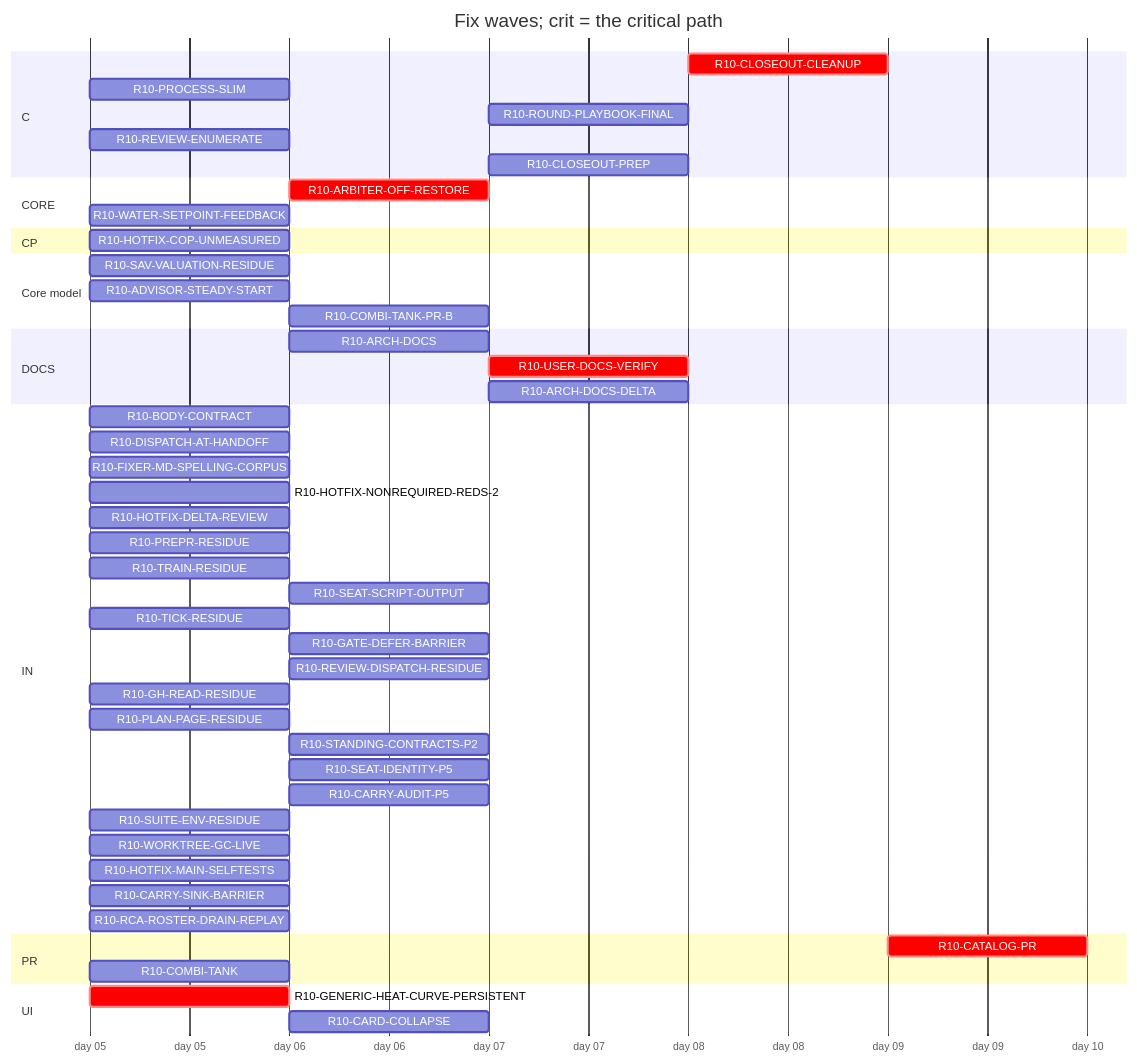
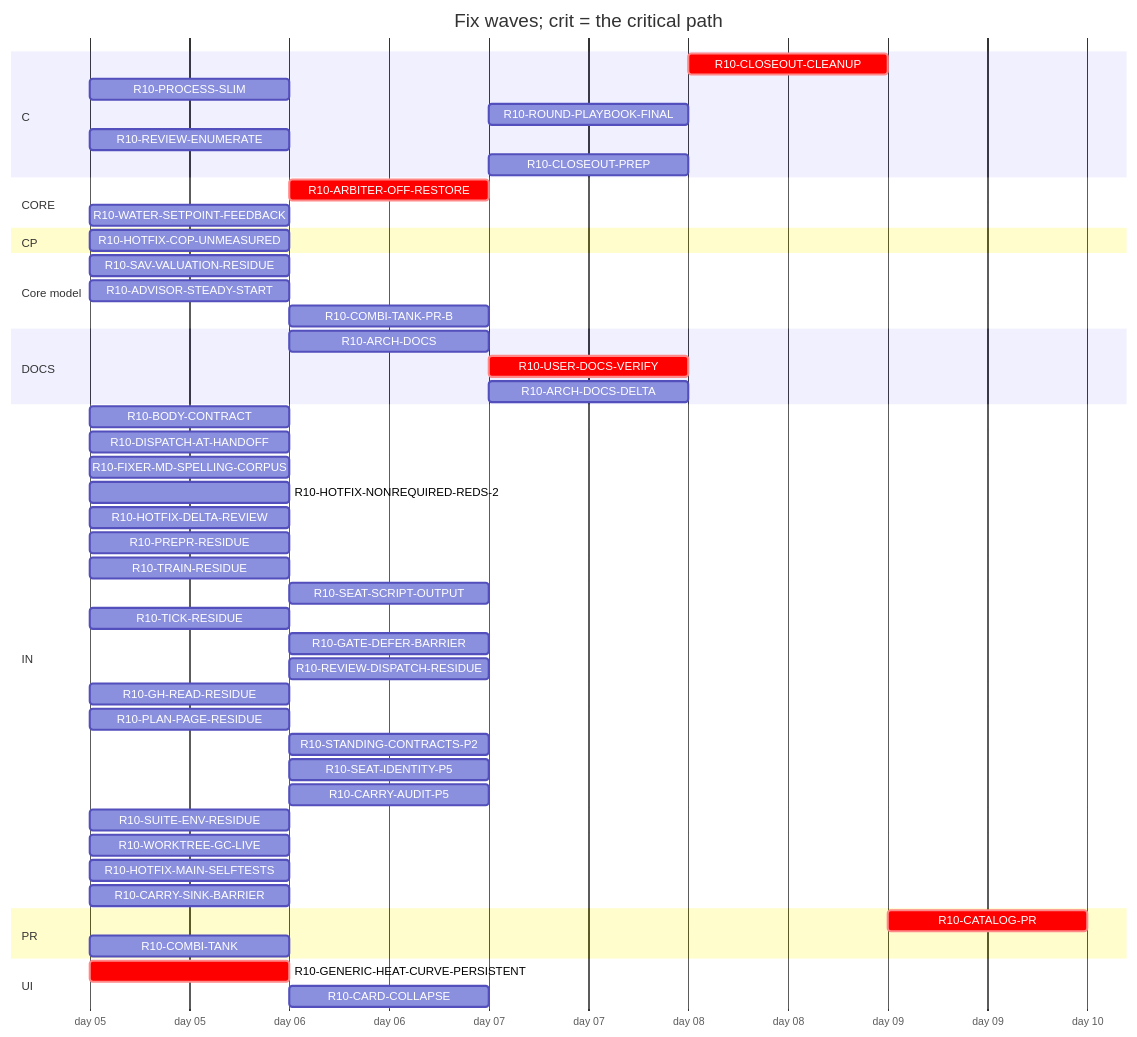
The diagram in handoff/round10/state/PLAN-TABLE.md (tvofi/heatpump_optimizer), drawn with Mermaid before and after one commit. The commit also changed other lines of this file and 3 other files, not shown here.

Commit message:
state: FLOW-BOARD.md, NEXT-SESSION-PROMPT.md, PLAN-TABLE.md, RESUME-CURRENT.md regenerated (state_docs.py)

````diff
--- a/handoff/round10/state/PLAN-TABLE.md
+++ b/handoff/round10/state/PLAN-TABLE.md
@@ -21,53 +21,52 @@
 ```mermaid
 gantt
   title Fix waves; crit = the critical path
   dateFormat YYYY-MM-DD
   axisFormat day %d
   section C
     R10-CLOSEOUT-CLEANUP :crit, r10CLOSEOUTCLEANUP, after r10ARCHDOCS r10USERDOCSVERIFY r10ROUNDPLAYBOOKFINAL r10CLOSEOUTPREP r10ARCHDOCSDELTA, 1d
     R10-PROCESS-SLIM :r10PROCESSSLIM, 2026-01-05, 1d
     R10-ROUND-PLAYBOOK-FINAL :r10ROUNDPLAYBOOKFINAL, after r10DISPATCHATHANDOFF r10BODYCONTRACT r10PROCESSSLIM r10FIXERMDSPELLINGCORPUS r10PREPRRESIDUE r10SEATSCRIPTOUTPUT r10REVIEWDISPATCHRESIDUE r10CARRYAUDITP5 r10TICKRESIDUE r10SEATIDENTITYP5 r10STANDINGCONTRACTSP2 r10PLANPAGERESIDUE r10TRAINRESIDUE r10GHREADRESIDUE r10SUITEENVRESIDUE r10GATEDEFERBARRIER r10WORKTREEGCLIVE, 1d
     R10-REVIEW-ENUMERATE :r10REVIEWENUMERATE, 2026-01-05, 1d
     R10-CLOSEOUT-PREP :r10CLOSEOUTPREP, after r10ARCHDOCS r10DISPATCHATHANDOFF r10BODYCONTRACT r10PROCESSSLIM r10FIXERMDSPELLINGCORPUS r10PREPRRESIDUE r10SEATSCRIPTOUTPUT r10REVIEWDISPATCHRESIDUE r10CARRYAUDITP5 r10TICKRESIDUE r10SEATIDENTITYP5 r10STANDINGCONTRACTSP2 r10PLANPAGERESIDUE r10TRAINRESIDUE r10GHREADRESIDUE r10SUITEENVRESIDUE r10GATEDEFERBARRIER r10WORKTREEGCLIVE, 1d
   section CORE
     R10-ARBITER-OFF-RESTORE :crit, r10ARBITEROFFRESTORE, after r10GENERICHEATCURVEPERSISTENT r10WATERSETPOINTFEEDBACK, 1d
     R10-WATER-SETPOINT-FEEDBACK :r10WATERSETPOINTFEEDBACK, 2026-01-05, 1d
   section CP
     R10-HOTFIX-COP-UNMEASURED :r10HOTFIXCOPUNMEASURED, 2026-01-05, 1d
   section Core model
     R10-SAV-VALUATION-RESIDUE :r10SAVVALUATIONRESIDUE, 2026-01-05, 1d
     R10-ADVISOR-STEADY-START :r10ADVISORSTEADYSTART, 2026-01-05, 1d
     R10-COMBI-TANK-PR-B :r10COMBITANKPRB, after r10COMBITANK, 1d
   section DOCS
     R10-ARCH-DOCS :r10ARCHDOCS, after r10DISPATCHATHANDOFF r10BODYCONTRACT r10PROCESSSLIM, 1d
     R10-USER-DOCS-VERIFY :crit, r10USERDOCSVERIFY, after r10HOTFIXCOPUNMEASURED r10GENERICHEATCURVEPERSISTENT r10ARBITEROFFRESTORE r10COMBITANK, 1d
     R10-ARCH-DOCS-DELTA :r10ARCHDOCSDELTA, after r10ARCHDOCS r10HOTFIXCOPUNMEASURED r10GENERICHEATCURVEPERSISTENT r10ARBITEROFFRESTORE r10COMBITANK r10SAVVALUATIONRESIDUE r10ADVISORSTEADYSTART r10COMBITANKPRB, 1d
   section IN
     R10-BODY-CONTRACT :r10BODYCONTRACT, 2026-01-05, 1d
     R10-DISPATCH-AT-HANDOFF :r10DISPATCHATHANDOFF, 2026-01-05, 1d
     R10-FIXER-MD-SPELLING-CORPUS :r10FIXERMDSPELLINGCORPUS, 2026-01-05, 1d
     R10-HOTFIX-NONREQUIRED-REDS-2 :r10HOTFIXNONREQUIREDREDS2, 2026-01-05, 1d
     R10-HOTFIX-DELTA-REVIEW :r10HOTFIXDELTAREVIEW, 2026-01-05, 1d
     R10-PREPR-RESIDUE :r10PREPRRESIDUE, 2026-01-05, 1d
     R10-TRAIN-RESIDUE :r10TRAINRESIDUE, 2026-01-05, 1d
     R10-SEAT-SCRIPT-OUTPUT :r10SEATSCRIPTOUTPUT, after r10TRAINRESIDUE, 1d
     R10-TICK-RESIDUE :r10TICKRESIDUE, 2026-01-05, 1d
     R10-GATE-DEFER-BARRIER :r10GATEDEFERBARRIER, after r10TRAINRESIDUE r10TICKRESIDUE, 1d
     R10-REVIEW-DISPATCH-RESIDUE :r10REVIEWDISPATCHRESIDUE, after r10DISPATCHATHANDOFF r10REVIEWENUMERATE r10HOTFIXDELTAREVIEW r10PROCESSSLIM, 1d
     R10-GH-READ-RESIDUE :r10GHREADRESIDUE, 2026-01-05, 1d
     R10-PLAN-PAGE-RESIDUE :r10PLANPAGERESIDUE, 2026-01-05, 1d
     R10-STANDING-CONTRACTS-P2 :r10STANDINGCONTRACTSP2, after r10FIXERMDSPELLINGCORPUS, 1d
     R10-SEAT-IDENTITY-P5 :r10SEATIDENTITYP5, after r10TICKRESIDUE, 1d
     R10-CARRY-AUDIT-P5 :r10CARRYAUDITP5, after r10BODYCONTRACT, 1d
     R10-SUITE-ENV-RESIDUE :r10SUITEENVRESIDUE, 2026-01-05, 1d
     R10-WORKTREE-GC-LIVE :r10WORKTREEGCLIVE, 2026-01-05, 1d
     R10-HOTFIX-MAIN-SELFTESTS :r10HOTFIXMAINSELFTESTS, 2026-01-05, 1d
     R10-CARRY-SINK-BARRIER :r10CARRYSINKBARRIER, 2026-01-05, 1d
-    R10-RCA-ROSTER-DRAIN-REPLAY :r10RCAROSTERDRAINREPLAY, 2026-01-05, 1d
   section PR
     R10-CATALOG-PR :crit, r10CATALOGPR, after r10USERDOCSVERIFY r10ARCHDOCS r10ROUNDPLAYBOOKFINAL r10CLOSEOUTCLEANUP r10CLOSEOUTPREP r10ARCHDOCSDELTA, 1d
     R10-COMBI-TANK :r10COMBITANK, 2026-01-05, 1d
   section UI
     R10-GENERIC-HEAT-CURVE-PERSISTENT :crit, r10GENERICHEATCURVEPERSISTENT, 2026-01-05, 1d
     R10-CARD-COLLAPSE :r10CARDCOLLAPSE, after r10HOTFIXCOPUNMEASURED, 1d
 ```
````
